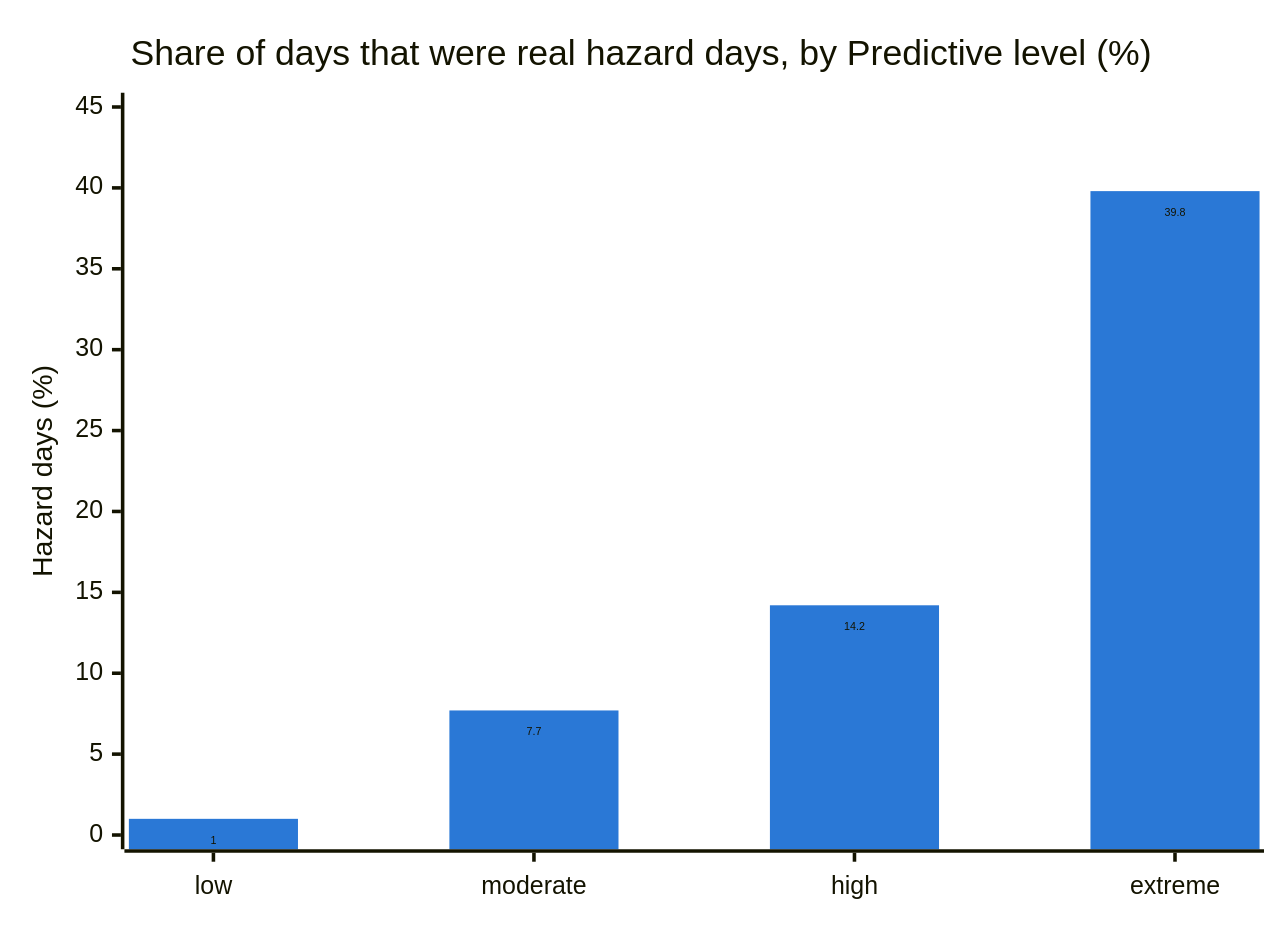
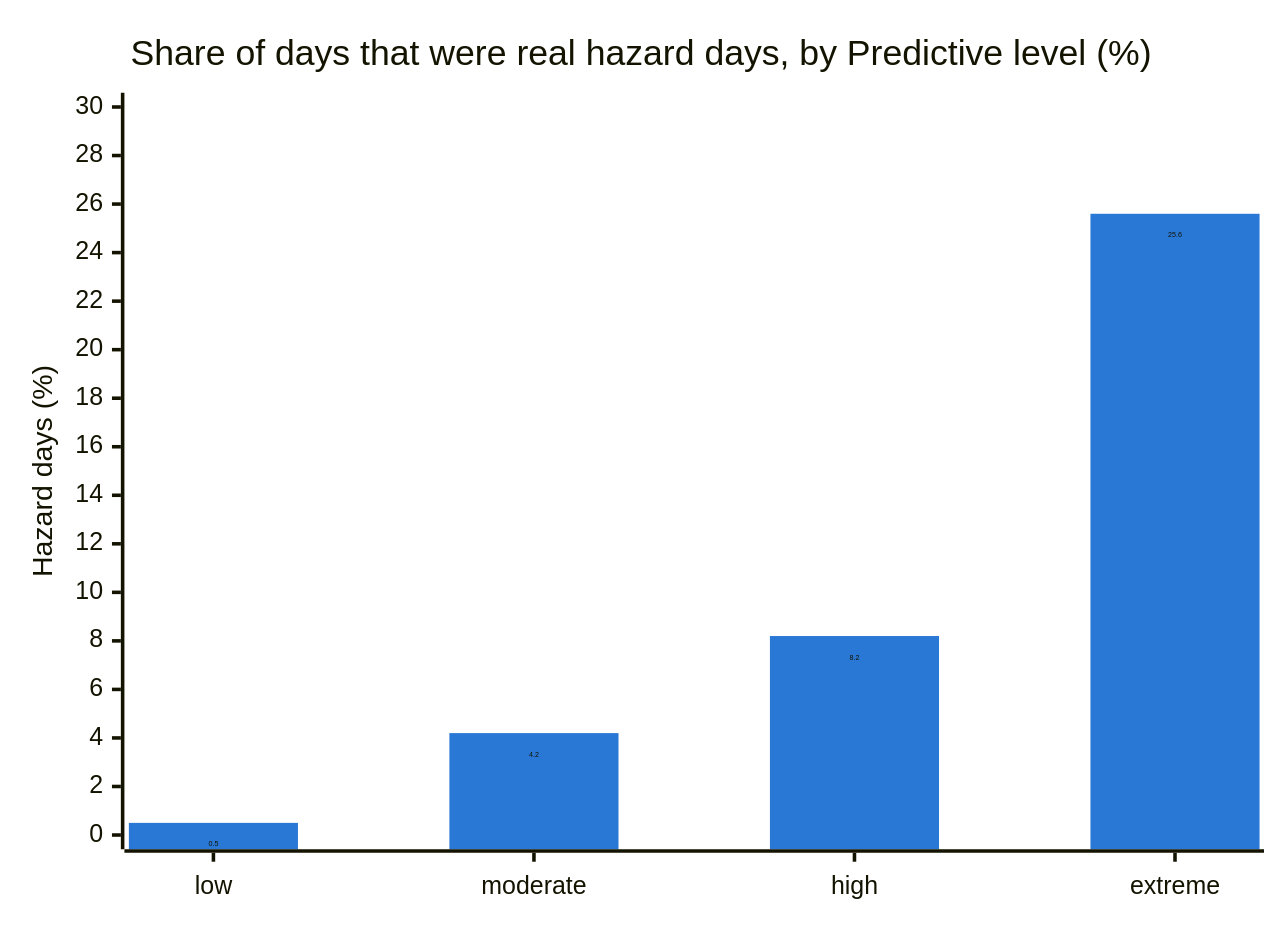
Before and after one commit to EvanLowther/CrewCare: the third of 3 diagrams in README.md, drawn with Mermaid. The commit also changed other lines of this file and 9 other files, not shown here.

````diff
--- a/README.md
+++ b/README.md
@@ -201,15 +210,15 @@
 ```mermaid
 ---
 config:
   xyChart:
     showDataLabel: true
   themeVariables:
     xyChart:
       plotColorPalette: "#2a78d6"
 ---
 xychart-beta
     title "Share of days that were real hazard days, by Predictive level (%)"
     x-axis ["low", "moderate", "high", "extreme"]
-    y-axis "Hazard days (%)" 0 --> 45
-    bar [1.0, 7.7, 14.2, 39.8]
+    y-axis "Hazard days (%)" 0 --> 30
+    bar [0.5, 4.2, 8.2, 25.6]
 ```
````
